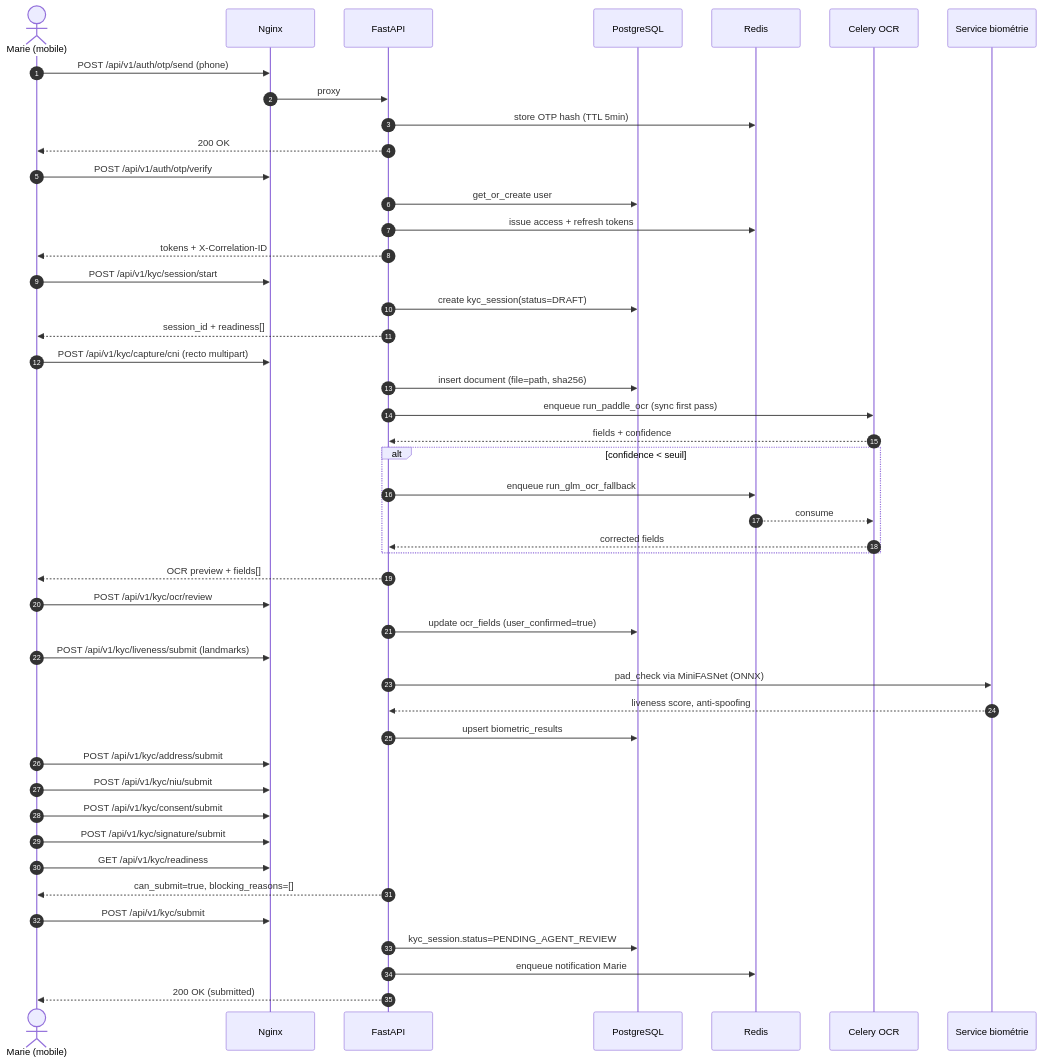
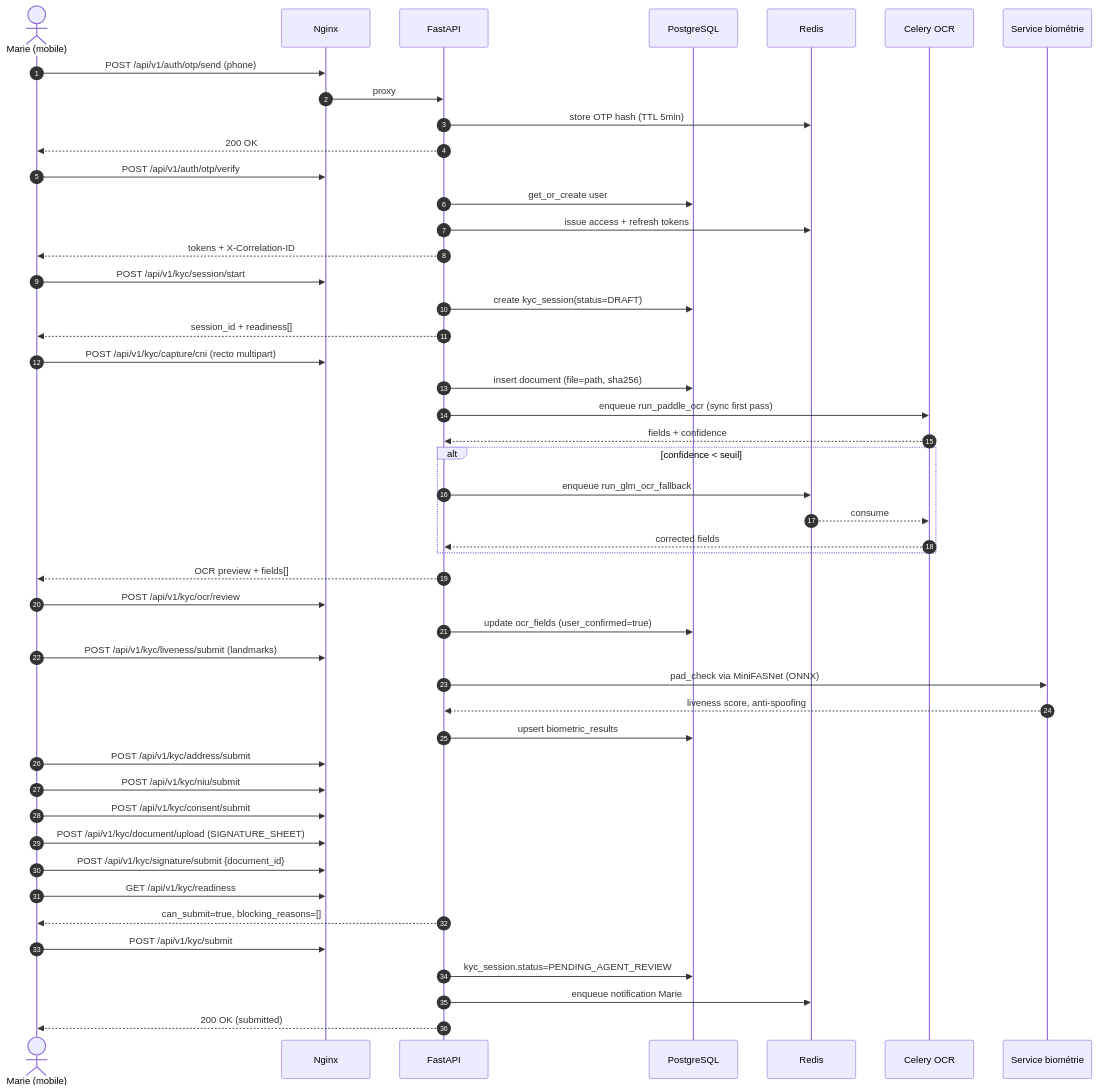
Before and after one commit to Ken-Andre/bicec-veripass: the diagram in docs/c4-architecture/mermaid/c4-4-2-séquence.mmd, drawn with Mermaid. The commit also changed 15 other files, not shown here.

First line of the commit message:
feat(kyc): signature papier — capture photo feuille 3 signatures

```diff
--- a/docs/c4-architecture/mermaid/c4-4-2-séquence.mmd
+++ b/docs/c4-architecture/mermaid/c4-4-2-séquence.mmd
@@ -1,48 +1,49 @@
 
 sequenceDiagram
     autonumber
     actor M as Marie (mobile)
     participant NGX as Nginx
     participant API as FastAPI
     participant DB as PostgreSQL
     participant RD as Redis
     participant OCR as Celery OCR
     participant BIO as Service biométrie
 
     M->>NGX: POST /api/v1/auth/otp/send (phone)
     NGX->>API: proxy
     API->>RD: store OTP hash (TTL 5min)
     API-->>M: 200 OK
     M->>NGX: POST /api/v1/auth/otp/verify
     API->>DB: get_or_create user
     API->>RD: issue access + refresh tokens
     API-->>M: tokens + X-Correlation-ID
     M->>NGX: POST /api/v1/kyc/session/start
     API->>DB: create kyc_session(status=DRAFT)
     API-->>M: session_id + readiness[]
     M->>NGX: POST /api/v1/kyc/capture/cni (recto multipart)
     API->>DB: insert document (file=path, sha256)
     API->>OCR: enqueue run_paddle_ocr (sync first pass)
     OCR-->>API: fields + confidence
     alt confidence < seuil
         API->>RD: enqueue run_glm_ocr_fallback
         RD-->>OCR: consume
         OCR-->>API: corrected fields
     end
     API-->>M: OCR preview + fields[]
     M->>NGX: POST /api/v1/kyc/ocr/review
     API->>DB: update ocr_fields (user_confirmed=true)
     M->>NGX: POST /api/v1/kyc/liveness/submit (landmarks)
     API->>BIO: pad_check via MiniFASNet (ONNX)
     BIO-->>API: liveness score, anti-spoofing
     API->>DB: upsert biometric_results
     M->>NGX: POST /api/v1/kyc/address/submit
     M->>NGX: POST /api/v1/kyc/niu/submit
     M->>NGX: POST /api/v1/kyc/consent/submit
-    M->>NGX: POST /api/v1/kyc/signature/submit
+    M->>NGX: POST /api/v1/kyc/document/upload (SIGNATURE_SHEET)
+    M->>NGX: POST /api/v1/kyc/signature/submit {document_id}
     M->>NGX: GET /api/v1/kyc/readiness
     API-->>M: can_submit=true, blocking_reasons=[]
     M->>NGX: POST /api/v1/kyc/submit
     API->>DB: kyc_session.status=PENDING_AGENT_REVIEW
     API->>RD: enqueue notification Marie
     API-->>M: 200 OK (submitted)
```
